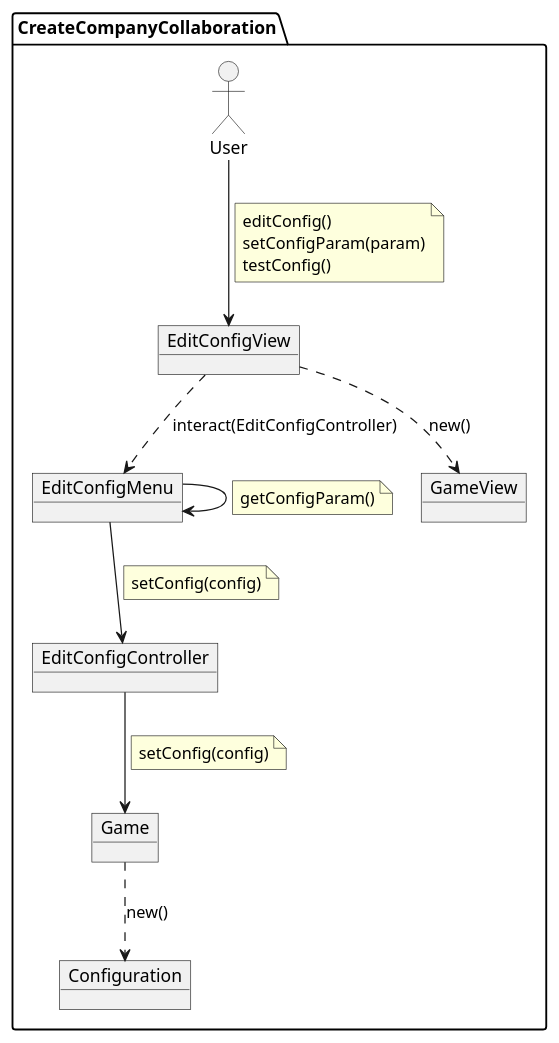
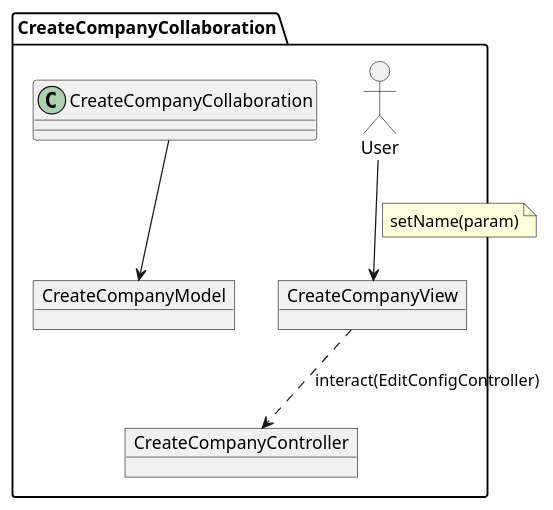
One commit to jumpering/pestmonitors changed the diagram in docs/src/analysis/collaboration/createCompany.puml. Above: the diagram before and after it, drawn with PlantUML. The commit also changed 3 other files, not shown here.

```diff
--- a/docs/src/analysis/collaboration/createCompany.puml
+++ b/docs/src/analysis/collaboration/createCompany.puml
@@ -1,47 +1,22 @@
 @startuml
 'title EditConfigCollaborationDiagram
 namespace CreateCompanyCollaboration{
 allow_mixing
 ' left to right direction
 
 actor User
 
-object Game
-object EditConfigView
-object EditConfigMenu
-object GameView
-object EditConfigController
-object Configuration
+object CreateCompanyView
+object CreateCompanyController
+object CreateCompanyModel
 
-User --> EditConfigView
+User --> CreateCompanyView
 note on link
-    editConfig()
+    setName(param)
 end note
-note on link
-    editConfig()
-    setConfigParam(param)
-    testConfig()
-end note
-EditConfigView ..> EditConfigMenu : interact(EditConfigController)
+CreateCompanyView ..> CreateCompanyController : interact(EditConfigController)
 
-EditConfigMenu --> EditConfigMenu
-note on link
-    getConfigParam()
-end note
+CreateCompanyCollaboration --> CreateCompanyModel
 
-EditConfigMenu --> EditConfigController
-note on link
-    setConfig(config)
-end note
-
-
-EditConfigView .down.> GameView : new()
-
-Game ..> Configuration : new()
-
-EditConfigController --> Game
-note on link
-    setConfig(config)
-end note
 }
 @enduml
```
